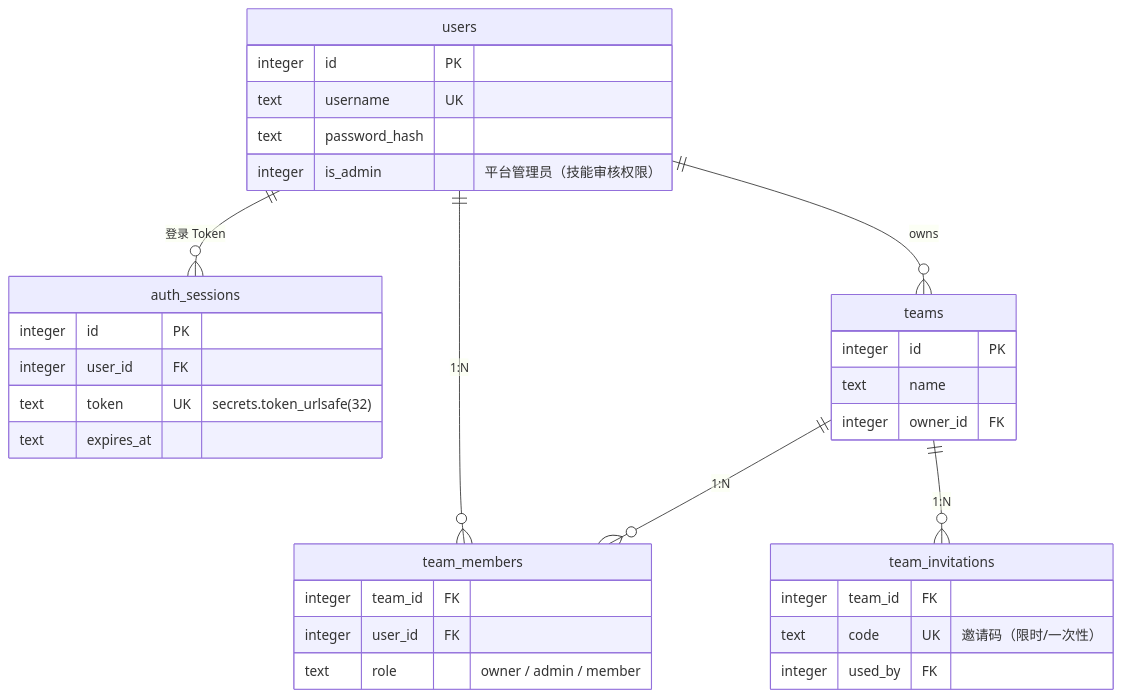
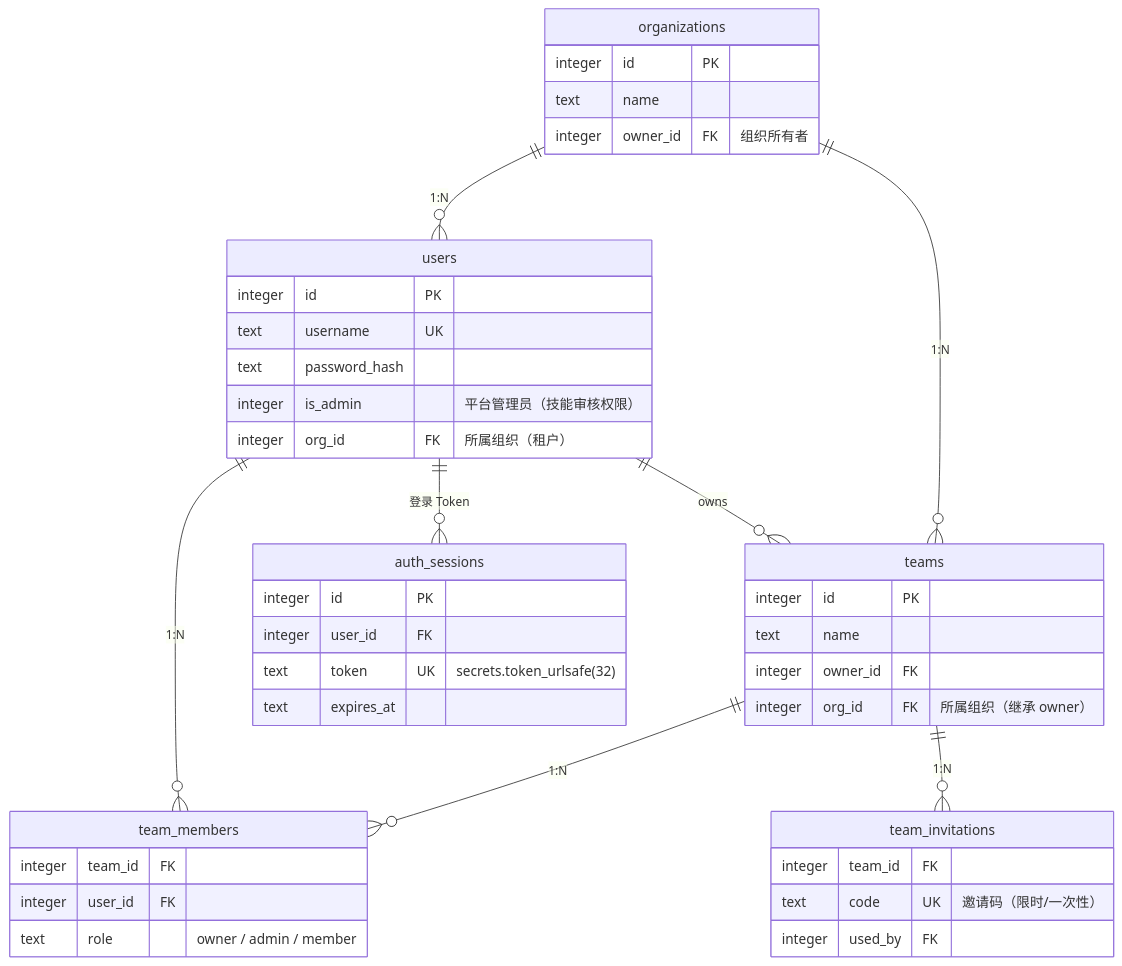
The tenth of 11 diagrams in docs/system-architecture.md (howdyli/xuanji), drawn with Mermaid before and after one commit. The commit also changed other lines of this file and 11 other files, not shown here.

````diff
--- a/docs/system-architecture.md
+++ b/docs/system-architecture.md
@@ -666,40 +668,50 @@
 ```mermaid
 erDiagram
+    organizations ||--o{ users : "1:N"
+    organizations ||--o{ teams : "1:N"
     users ||--o{ auth_sessions : "登录 Token"
     users ||--o{ teams : "owns"
     teams ||--o{ team_members : "1:N"
     users ||--o{ team_members : "1:N"
     teams ||--o{ team_invitations : "1:N"
 
+    organizations {
+        integer id PK
+        text name
+        integer owner_id FK "组织所有者"
+    }
+
     users {
         integer id PK
         text username UK
         text password_hash
         integer is_admin "平台管理员（技能审核权限）"
+        integer org_id FK "所属组织（租户）"
     }
 
     auth_sessions {
         integer id PK
         integer user_id FK
         text token UK "secrets.token_urlsafe(32)"
         text expires_at
     }
 
     teams {
         integer id PK
         text name
         integer owner_id FK
+        integer org_id FK "所属组织（继承 owner）"
     }
 
     team_members {
         integer team_id FK
         integer user_id FK
         text role "owner / admin / member"
     }
 
     team_invitations {
         integer team_id FK
         text code UK "邀请码（限时/一次性）"
         integer used_by FK
     }
 ```
````
